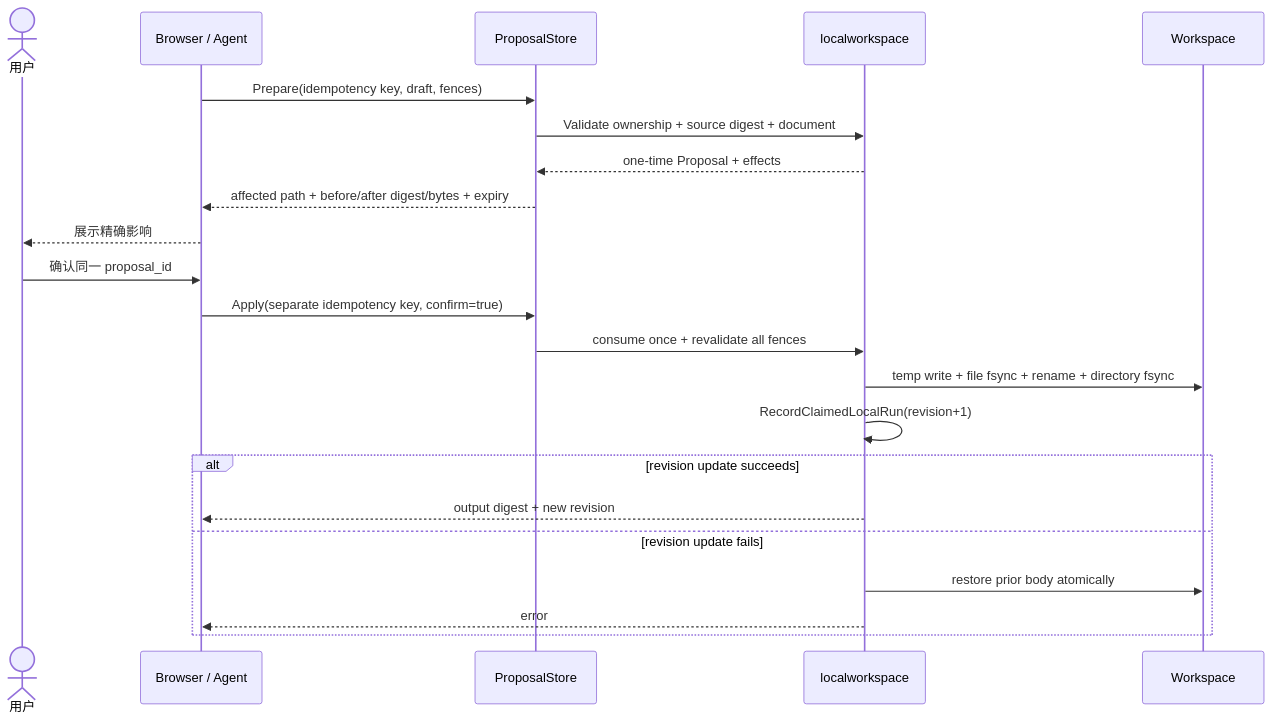
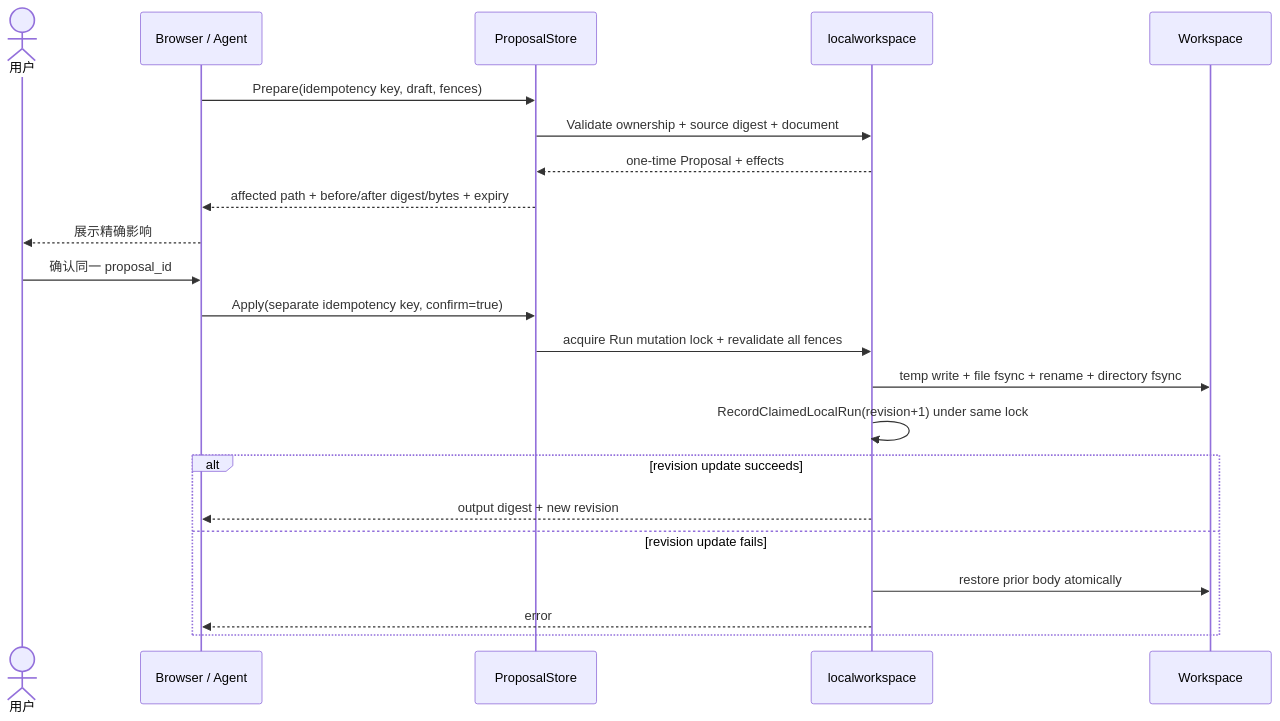
One commit to limecloud/contentcloud changed diagram 14 of 18 in docs/product/customer-creation-studio/05-local-workbench-browser.md. Above: the diagram before and after it, drawn with Mermaid. The commit also changed other lines of this file and 126 other files, not shown here.

````diff
--- a/docs/product/customer-creation-studio/05-local-workbench-browser.md
+++ b/docs/product/customer-creation-studio/05-local-workbench-browser.md
@@ -472,25 +620,25 @@
 ```mermaid
 sequenceDiagram
     actor User as 用户
     participant UI as Browser / Agent
     participant Store as ProposalStore
     participant Kernel as localworkspace
     participant WS as Workspace
 
     UI->>Store: Prepare(idempotency key, draft, fences)
     Store->>Kernel: Validate ownership + source digest + document
     Kernel-->>Store: one-time Proposal + effects
     Store-->>UI: affected path + before/after digest/bytes + expiry
     UI-->>User: 展示精确影响
     User->>UI: 确认同一 proposal_id
     UI->>Store: Apply(separate idempotency key, confirm=true)
-    Store->>Kernel: consume once + revalidate all fences
+    Store->>Kernel: acquire Run mutation lock + revalidate all fences
     Kernel->>WS: temp write + file fsync + rename + directory fsync
-    Kernel->>Kernel: RecordClaimedLocalRun(revision+1)
+    Kernel->>Kernel: RecordClaimedLocalRun(revision+1) under same lock
     alt revision update succeeds
         Kernel-->>UI: output digest + new revision
     else revision update fails
         Kernel->>WS: restore prior body atomically
         Kernel-->>UI: error
     end
 ```
````
